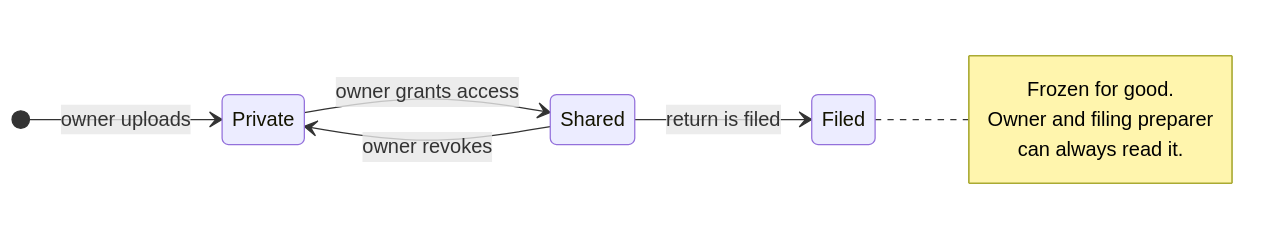
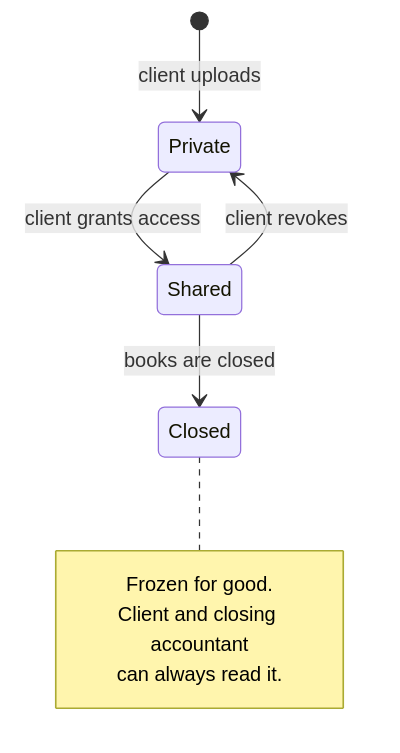
One commit to kigster/kigre-astro changed the ninth of 16 diagrams in src/content/blog/2026-11-12--sharing-encrypted-documents-without-trusting-your-server.md. Above: the diagram before and after it, drawn with Mermaid. The commit also changed other lines of this file and 4 other files, not shown here.

````diff
--- a/src/content/blog/2026-11-12--sharing-encrypted-documents-without-trusting-your-server.md
+++ b/src/content/blog/2026-11-12--sharing-encrypted-documents-without-trusting-your-server.md
@@ -350,13 +406,13 @@
 ```mermaid
 stateDiagram-v2
-    direction LR
-    [*] --> Private: owner uploads
-    Private --> Shared: owner grants access
-    Shared --> Private: owner revokes
-    Shared --> Filed: return is filed
-    note right of Filed
+    direction TB
+    [*] --> Private: client uploads
+    Private --> Shared: client grants access
+    Shared --> Private: client revokes
+    Shared --> Closed: books are closed
+    note right of Closed
         Frozen for good.
-        Owner and filing preparer
+        Client and closing accountant
         can always read it.
     end note
 ```
````
